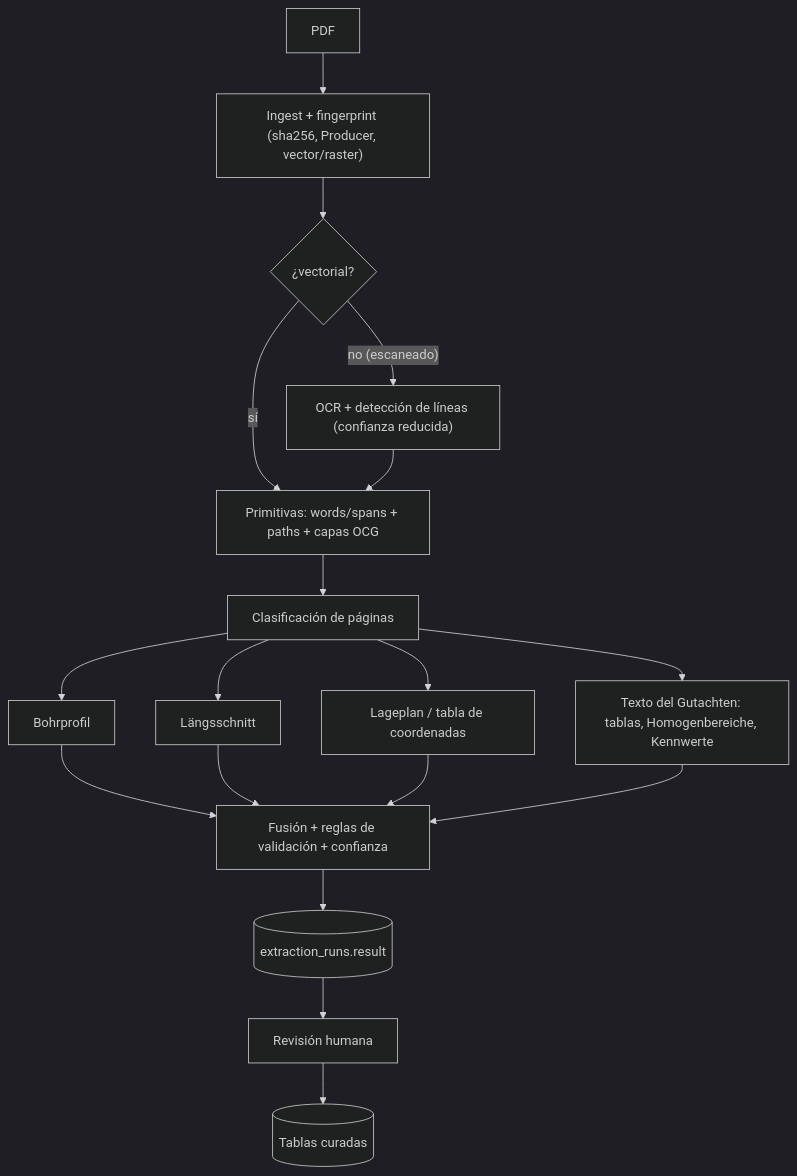
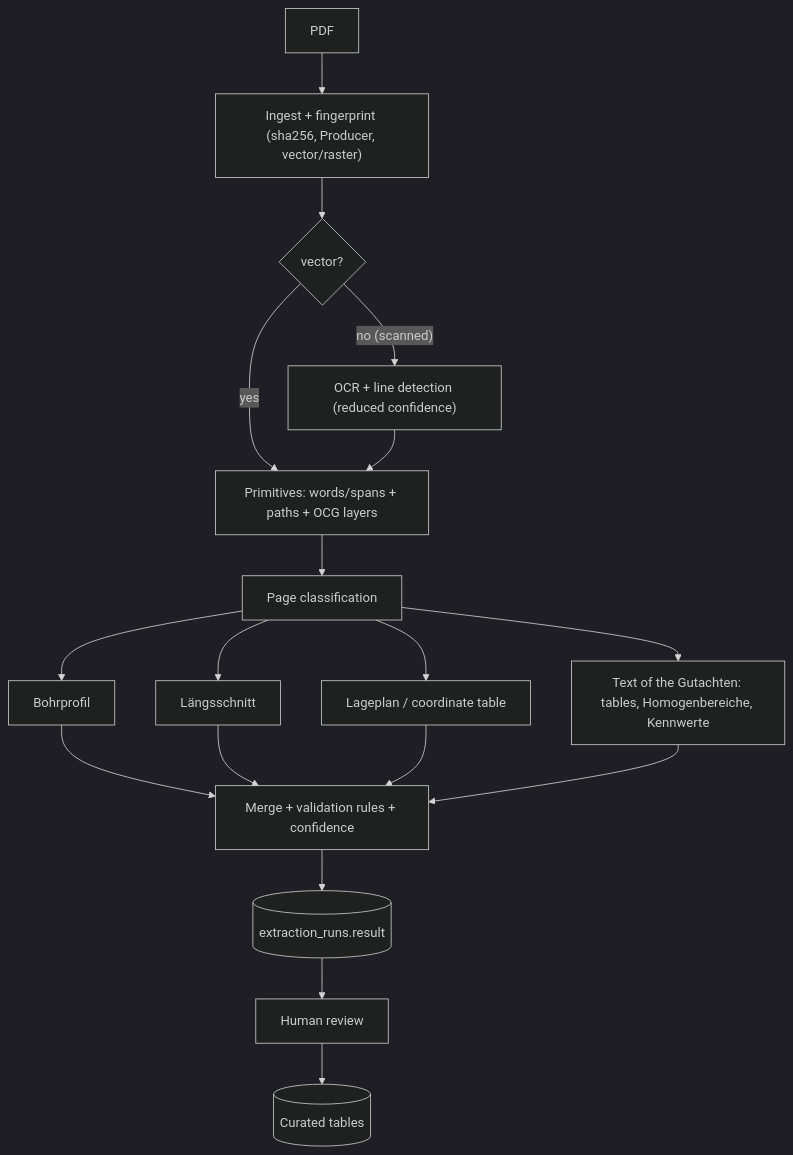
The second of 2 diagrams in docs/ARCHITECTURE_BAUGRUNDMODELL.md (martinpazmino/CAD_Extract), drawn with Mermaid (dark theme) before and after one commit. The commit also changed other lines of this file and 44 other files, not shown here.

````diff
--- a/docs/ARCHITECTURE_BAUGRUNDMODELL.md
+++ b/docs/ARCHITECTURE_BAUGRUNDMODELL.md
@@ -465,20 +466,20 @@
 ```mermaid
 flowchart TD
   A["PDF"] --> B["Ingest + fingerprint (sha256, Producer, vector/raster)"]
-  B --> C{"¿vectorial?"}
-  C -- "sí" --> D["Primitivas: words/spans + paths + capas OCG"]
-  C -- "no (escaneado)" --> D2["OCR + detección de líneas (confianza reducida)"]
+  B --> C{"vector?"}
+  C -- "yes" --> D["Primitives: words/spans + paths + OCG layers"]
+  C -- "no (scanned)" --> D2["OCR + line detection (reduced confidence)"]
   D2 --> D
-  D --> E["Clasificación de páginas"]
+  D --> E["Page classification"]
   E --> F1["Bohrprofil"]
   E --> F2["Längsschnitt"]
-  E --> F3["Lageplan / tabla de coordenadas"]
-  E --> F4["Texto del Gutachten: tablas, Homogenbereiche, Kennwerte"]
-  F1 --> G["Fusión + reglas de validación + confianza"]
+  E --> F3["Lageplan / coordinate table"]
+  E --> F4["Text of the Gutachten: tables, Homogenbereiche, Kennwerte"]
+  F1 --> G["Merge + validation rules + confidence"]
   F2 --> G
   F3 --> G
   F4 --> G
   G --> H[("extraction_runs.result")]
-  H --> I["Revisión humana"]
-  I --> J[("Tablas curadas")]
+  H --> I["Human review"]
+  I --> J[("Curated tables")]
 ```
````
